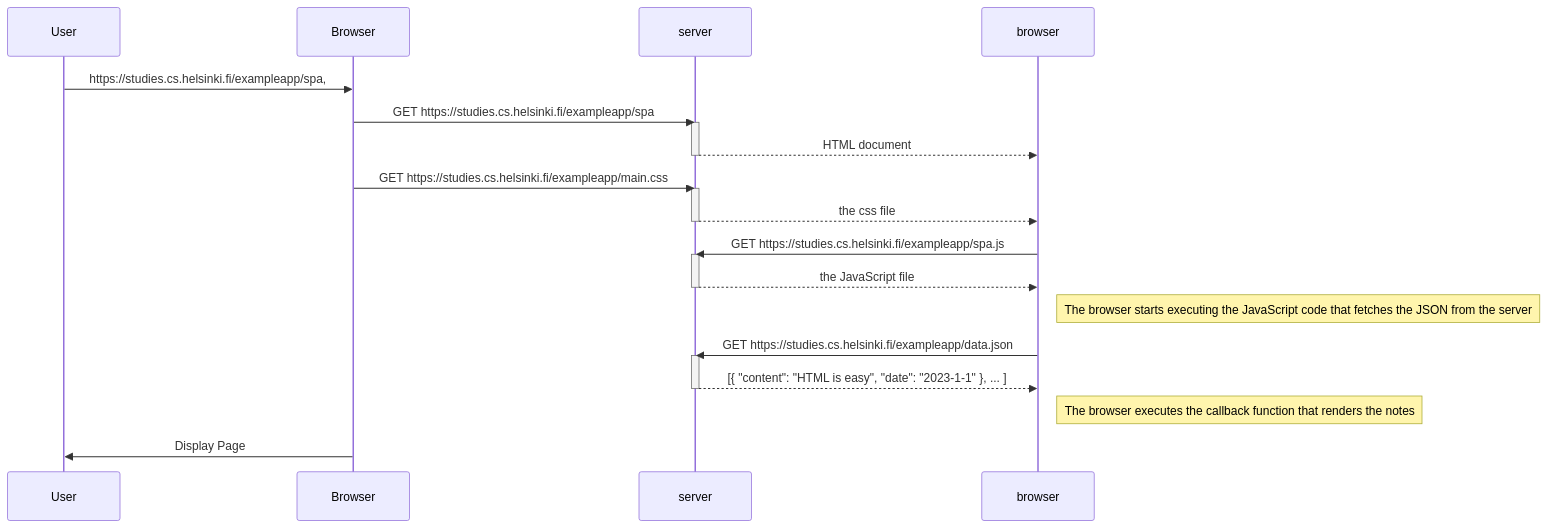
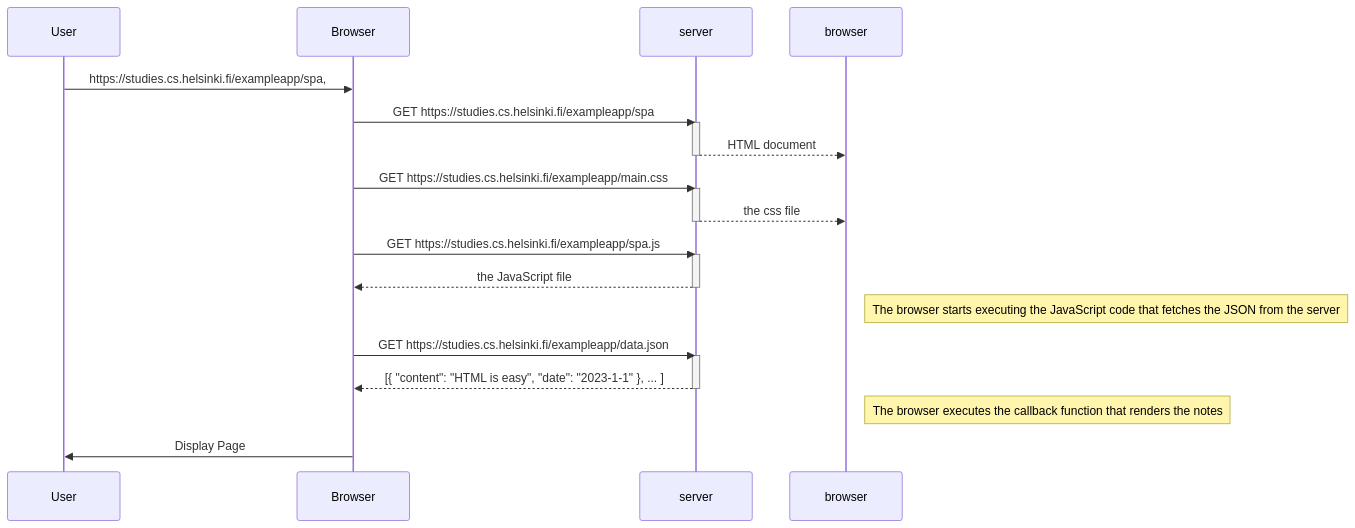
One commit to Pranathii04/Webde changed the diagram in t-0-d1.md. Above: the diagram before and after it, drawn with Mermaid.

Commit message:
Correct capitalization in server-browser interactions

````diff
--- a/t-0-d1.md
+++ b/t-0-d1.md
@@ -7,33 +7,33 @@
 ```mermaid
 sequenceDiagram
     participant User 
     participant Browser
     participant server 
     User->>Browser: https://studies.cs.helsinki.fi/exampleapp/spa,
     
     Browser->>server: GET https://studies.cs.helsinki.fi/exampleapp/spa
     activate server
     server-->>browser: HTML document
     deactivate server
     
     Browser->>server: GET https://studies.cs.helsinki.fi/exampleapp/main.css
     activate server
     server-->>browser: the css file
     deactivate server
     
-    browser->>server: GET https://studies.cs.helsinki.fi/exampleapp/spa.js
+    Browser->>server: GET https://studies.cs.helsinki.fi/exampleapp/spa.js
     activate server
-    server-->>browser: the JavaScript file
+    server-->>Browser: the JavaScript file
     deactivate server
 
      Note right of browser: The browser starts executing the JavaScript code that fetches the JSON from the server
      
-    browser->>server: GET https://studies.cs.helsinki.fi/exampleapp/data.json
+    Browser->>server: GET https://studies.cs.helsinki.fi/exampleapp/data.json
     activate server
-    server-->>browser: [{ "content": "HTML is easy", "date": "2023-1-1" }, ... ]
+    server-->>Browser: [{ "content": "HTML is easy", "date": "2023-1-1" }, ... ]
     deactivate server    
 
     Note right of browser: The browser executes the callback function that renders the notes 
     
     Browser->>User: Display Page
 ```
````
